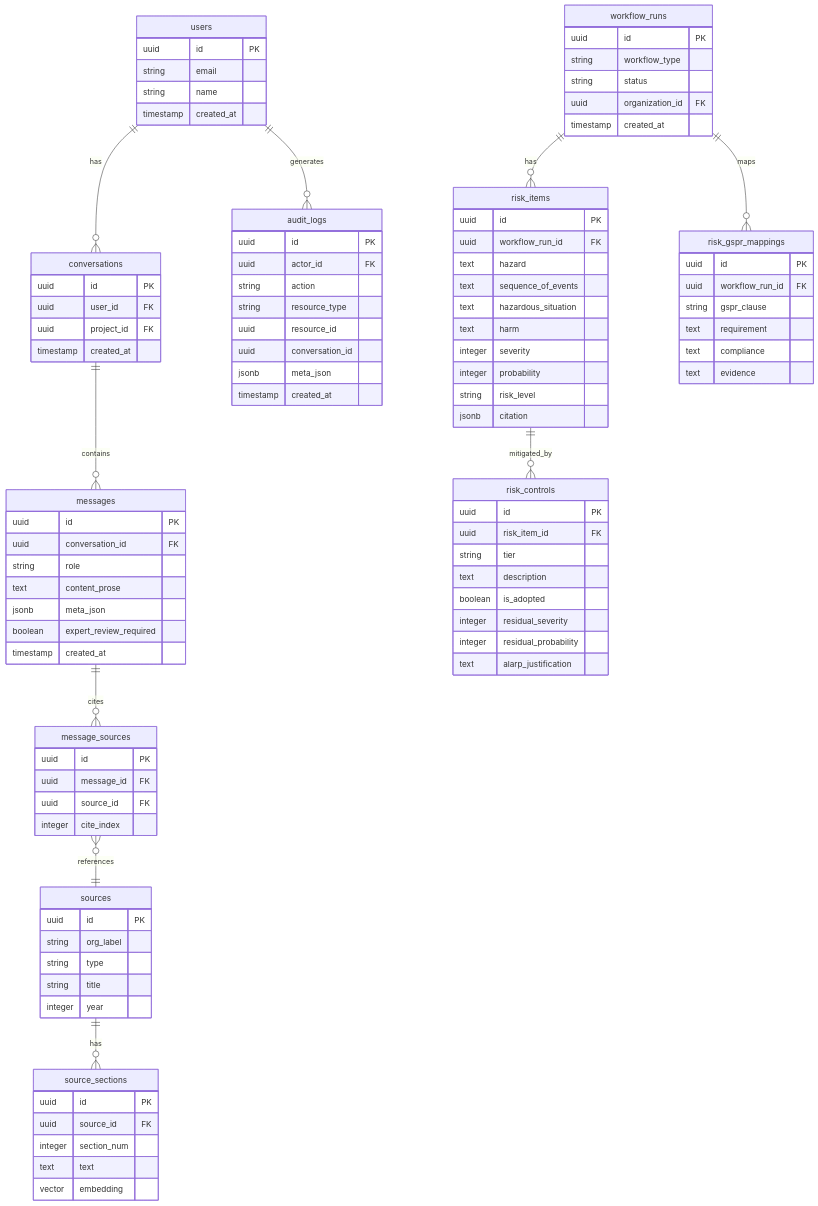
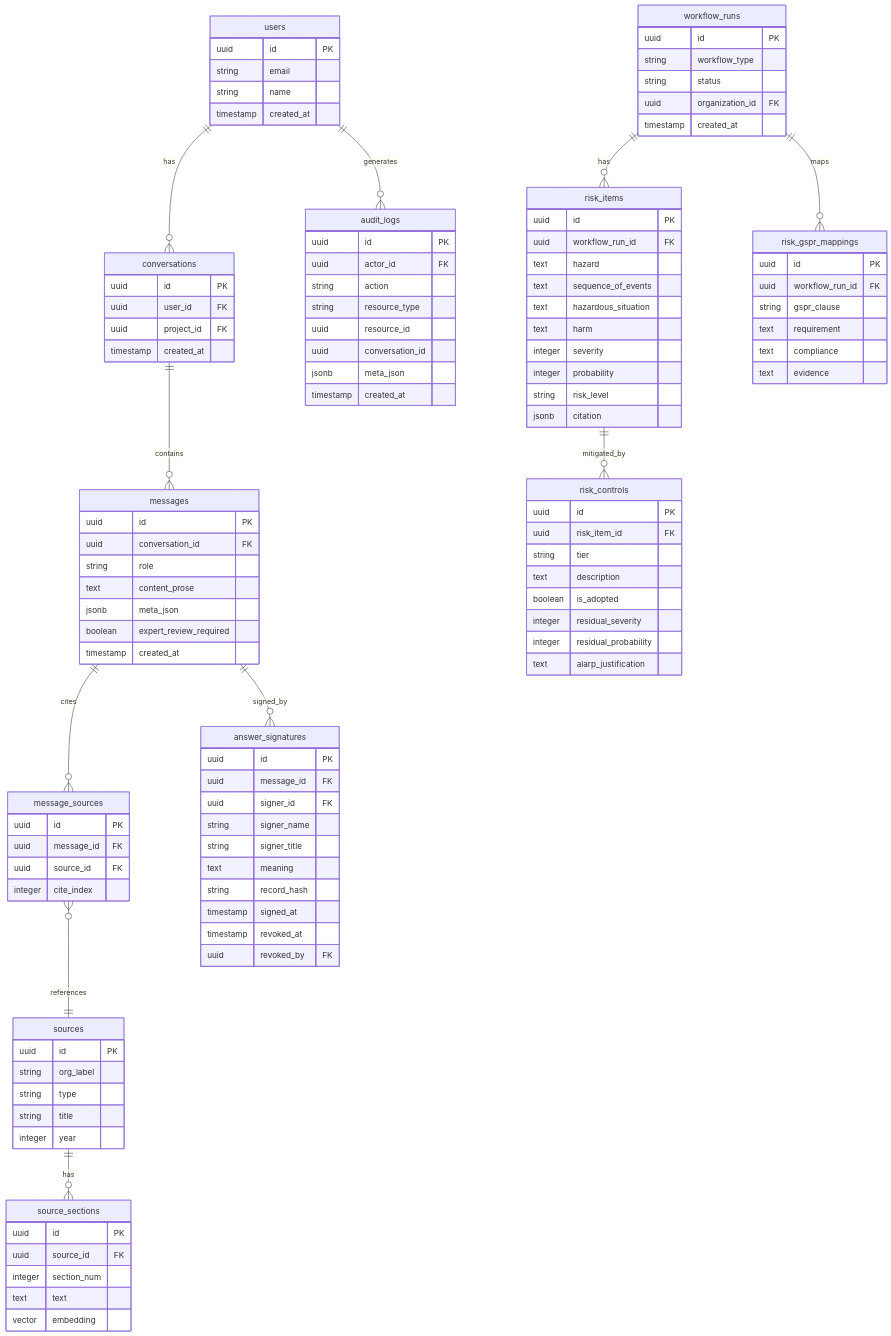
Before and after one commit to holee9/ra-med-bot: the third of 7 diagrams in docs/architecture.md, drawn with Mermaid. The commit also changed other lines of this file and 8 other files, not shown here.

```diff
--- a/docs/architecture.md
+++ b/docs/architecture.md
@@ -146,6 +149,18 @@
         jsonb meta_json
         timestamp created_at
     }
+    answer_signatures {
+        uuid id PK
+        uuid message_id FK
+        uuid signer_id FK
+        string signer_name
+        string signer_title
+        text meaning
+        string record_hash
+        timestamp signed_at
+        timestamp revoked_at
+        uuid revoked_by FK
+    }
     workflow_runs {
         uuid id PK
         string workflow_type
@@ -187,6 +202,7 @@
     users ||--o{ conversations : "has"
     conversations ||--o{ messages : "contains"
     messages ||--o{ message_sources : "cites"
+    messages ||--o{ answer_signatures : "signed_by"
     sources ||--o{ source_sections : "has"
     message_sources }o--|| sources : "references"
     users ||--o{ audit_logs : "generates"
```
